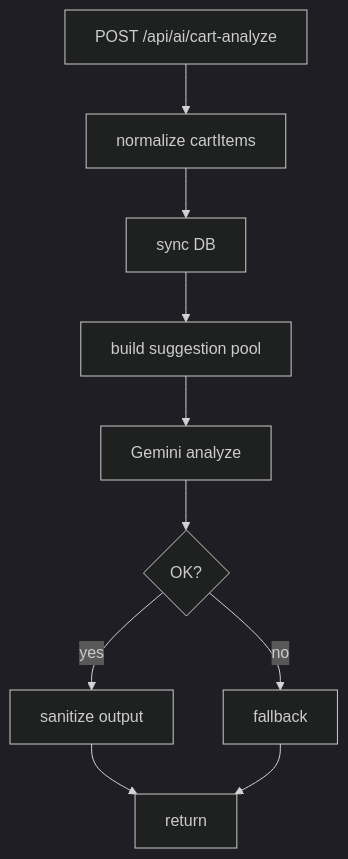
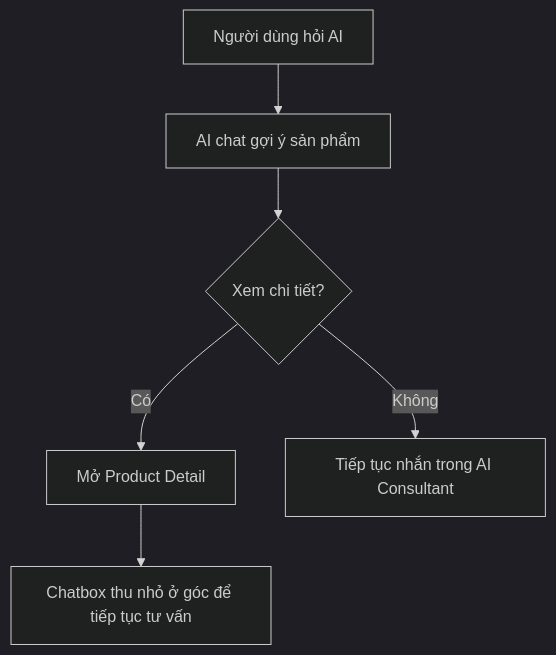
One commit to QuangFabbier/DATN changed the third of 5 diagrams in ecommerce/PROJECT_SUMMARY.md. Above: the diagram before and after it, drawn with Mermaid (dark theme). The commit also changed other lines of this file and 2 other files, not shown here.

````diff
--- a/ecommerce/PROJECT_SUMMARY.md
+++ b/ecommerce/PROJECT_SUMMARY.md
@@ -232,12 +161,8 @@
 ```mermaid
 flowchart TD
-  A[POST /api/ai/cart-analyze] --> B[normalize cartItems]
-  B --> C[sync DB]
-  C --> D[build suggestion pool]
-  D --> E[Gemini analyze]
-  E --> F{OK?}
-  F -- yes --> G[sanitize output]
-  F -- no --> H[fallback]
-  G --> I[return]
-  H --> I
+  A[Người dùng hỏi AI] --> B[AI chat gợi ý sản phẩm]
+  B --> C{Xem chi tiết?}
+  C -- Có --> D[Mở Product Detail]
+  D --> E[Chatbox thu nhỏ ở góc để tiếp tục tư vấn]
+  C -- Không --> F[Tiếp tục nhắn trong AI Consultant]
 ```
````
